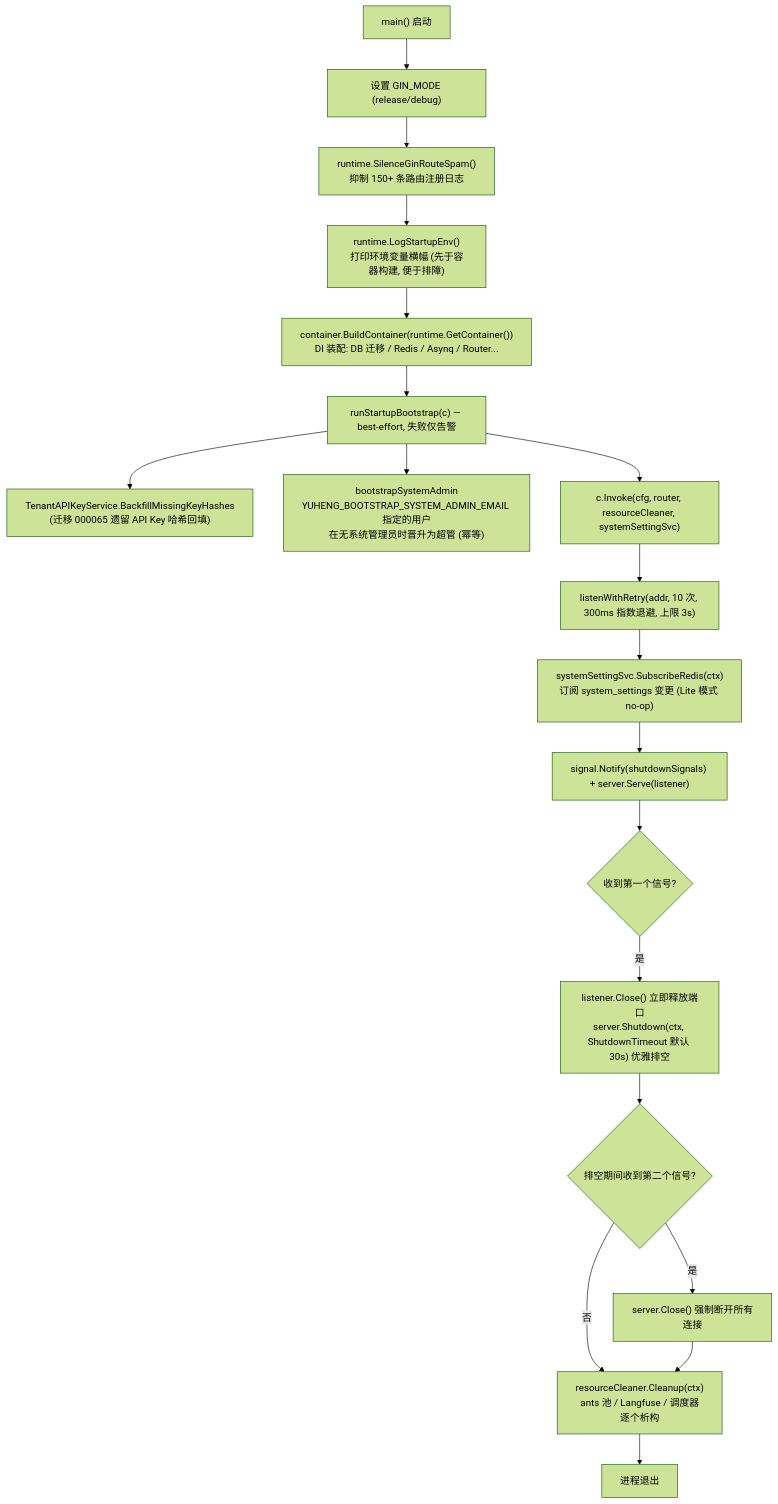
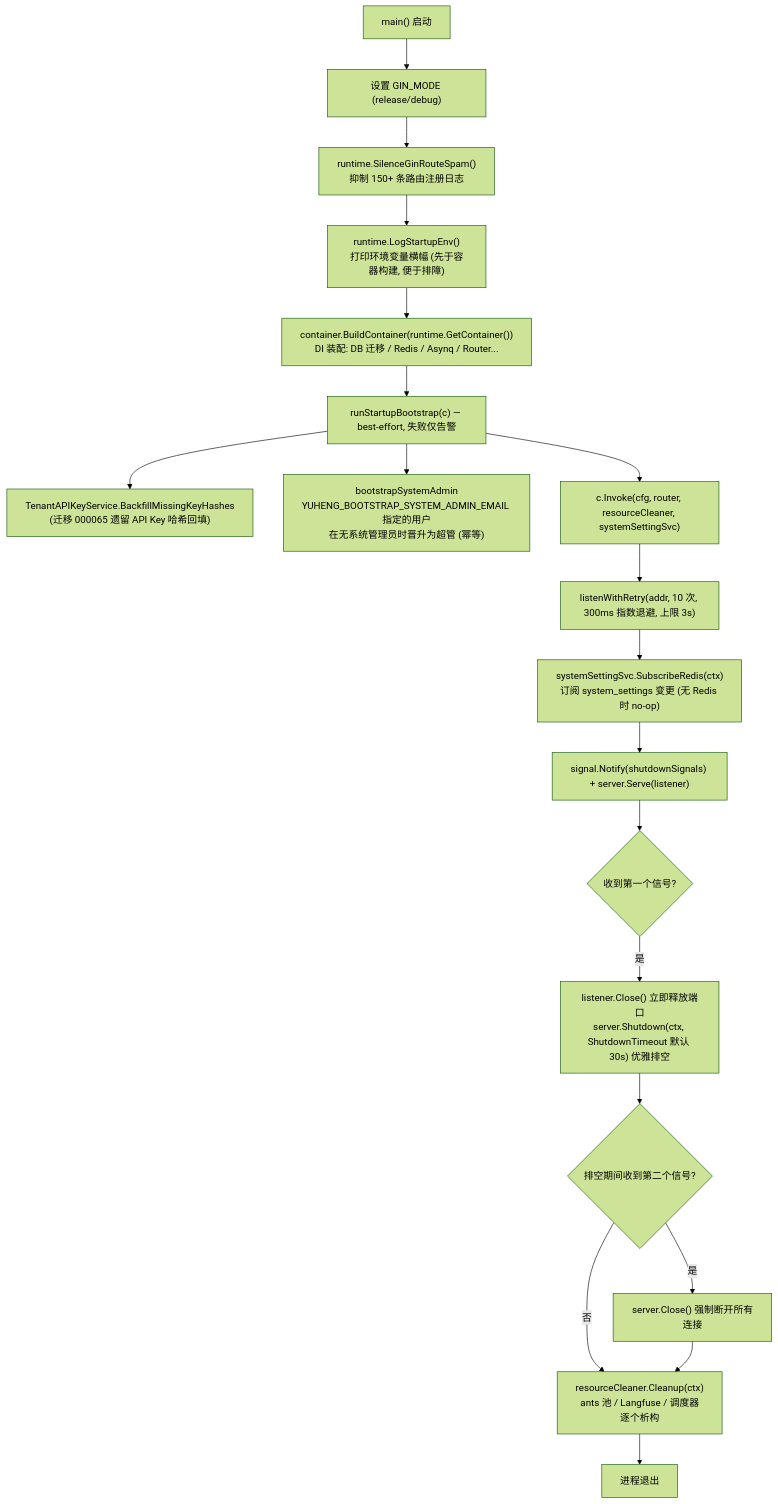
One commit to magicyuan876/Yuheng changed the second of 3 diagrams in website-docs/02-architecture/02-backend-design.md. Above: the diagram before and after it, drawn with Mermaid (forest theme). The commit also changed other lines of this file and 162 other files, not shown here.

````diff
--- a/website-docs/02-architecture/02-backend-design.md
+++ b/website-docs/02-architecture/02-backend-design.md
@@ -106,21 +106,21 @@
 ```mermaid
 flowchart TD
     A["main() 启动"] --> B["设置 GIN_MODE (release/debug)"]
     B --> C["runtime.SilenceGinRouteSpam()<br/>抑制 150+ 条路由注册日志"]
     C --> D["runtime.LogStartupEnv()<br/>打印环境变量横幅 (先于容器构建, 便于排障)"]
     D --> E["container.BuildContainer(runtime.GetContainer())<br/>DI 装配: DB 迁移 / Redis / Asynq / Router..."]
     E --> F["runStartupBootstrap(c) — best-effort, 失败仅告警"]
     F --> F1["TenantAPIKeyService.BackfillMissingKeyHashes<br/>(迁移 000065 遗留 API Key 哈希回填)"]
     F --> F2["bootstrapSystemAdmin<br/>YUHENG_BOOTSTRAP_SYSTEM_ADMIN_EMAIL 指定的用户<br/>在无系统管理员时晋升为超管 (幂等)"]
     F --> G["c.Invoke(cfg, router, resourceCleaner, systemSettingSvc)"]
     G --> H["listenWithRetry(addr, 10 次, 300ms 指数退避, 上限 3s)"]
-    H --> I["systemSettingSvc.SubscribeRedis(ctx)<br/>订阅 system_settings 变更 (Lite 模式 no-op)"]
+    H --> I["systemSettingSvc.SubscribeRedis(ctx)<br/>订阅 system_settings 变更 (无 Redis 时 no-op)"]
     I --> J["signal.Notify(shutdownSignals) + server.Serve(listener)"]
     J --> K{"收到第一个信号?"}
     K -->|是| L["listener.Close() 立即释放端口<br/>server.Shutdown(ctx, ShutdownTimeout 默认 30s) 优雅排空"]
     L --> M{"排空期间收到第二个信号?"}
     M -->|是| N["server.Close() 强制断开所有连接"]
     M -->|否| O["resourceCleaner.Cleanup(ctx)<br/>ants 池 / Langfuse / 调度器逐个析构"]
     N --> O
     O --> P["进程退出"]
 ```
````
